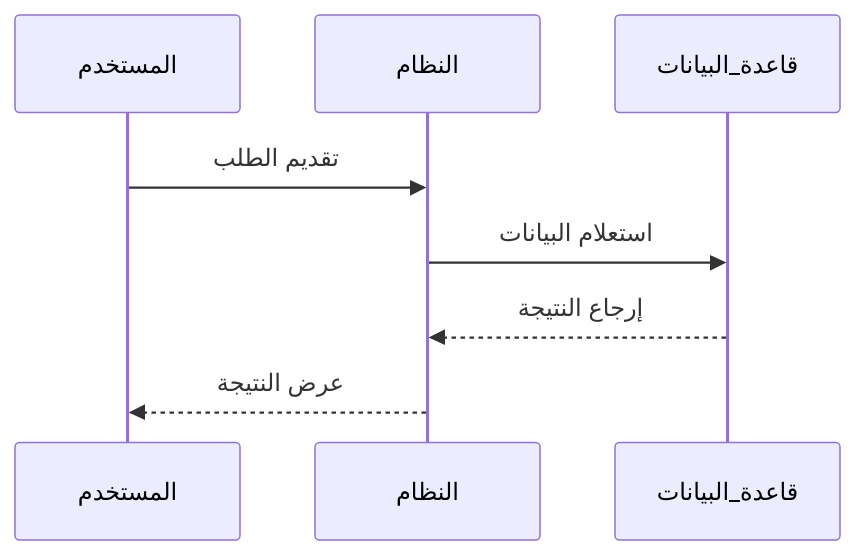
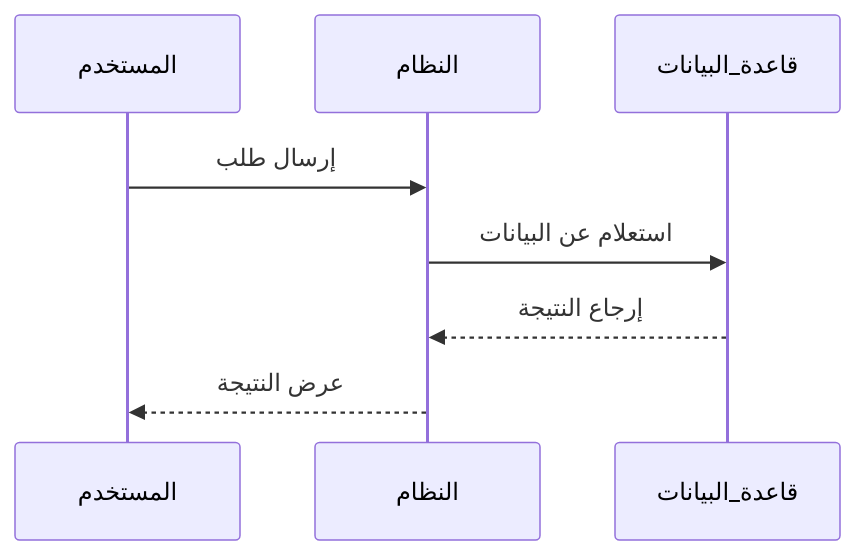
Before and after one commit to zccz14/CZON: the second of 7 diagrams in .czon/src/ar-SA/8938d6aac9c056c06137a041b8e82379bfb619bb6d435b9ecec515337dd0cd69.md, drawn with Mermaid. The commit also changed other lines of this file and 148 other files, not shown here.

````diff
--- a/.czon/src/ar-SA/8938d6aac9c056c06137a041b8e82379bfb619bb6d435b9ecec515337dd0cd69.md
+++ b/.czon/src/ar-SA/8938d6aac9c056c06137a041b8e82379bfb619bb6d435b9ecec515337dd0cd69.md
@@ -38,11 +37,11 @@
 ```mermaid
 sequenceDiagram
     participant المستخدم
     participant النظام
     participant قاعدة_البيانات
 
-    المستخدم->>النظام: تقديم الطلب
-    النظام->>قاعدة_البيانات: استعلام البيانات
+    المستخدم->>النظام: إرسال طلب
+    النظام->>قاعدة_البيانات: استعلام عن البيانات
     قاعدة_البيانات-->>النظام: إرجاع النتيجة
     النظام-->>المستخدم: عرض النتيجة
 ```
````
